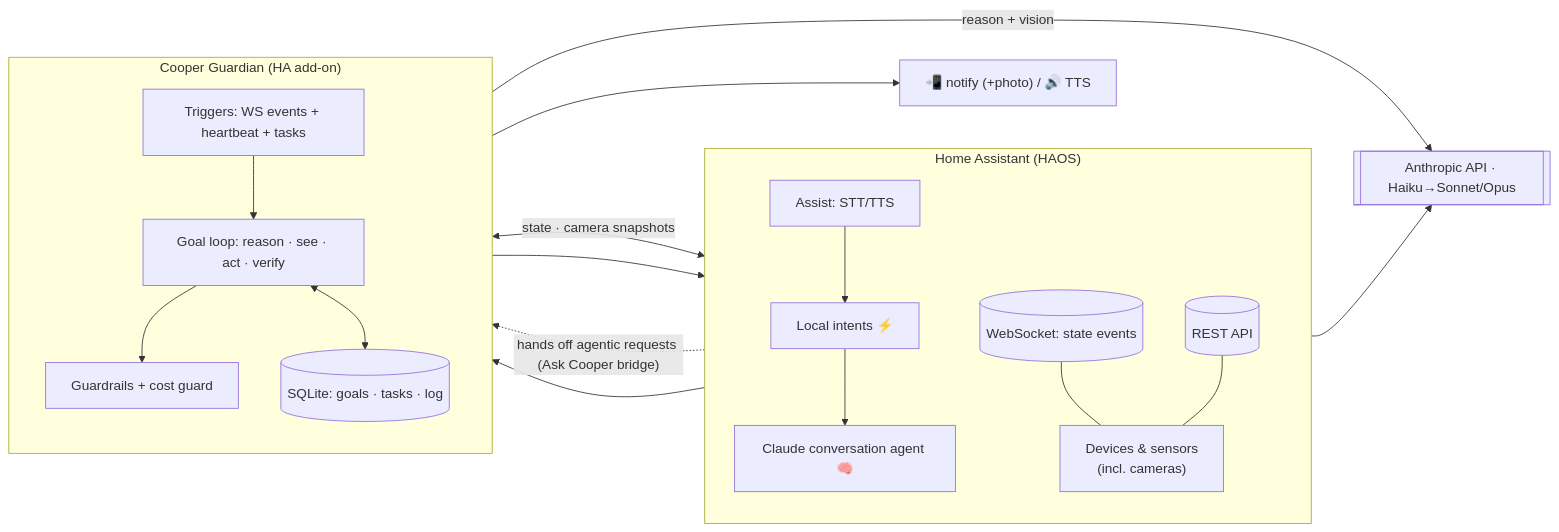
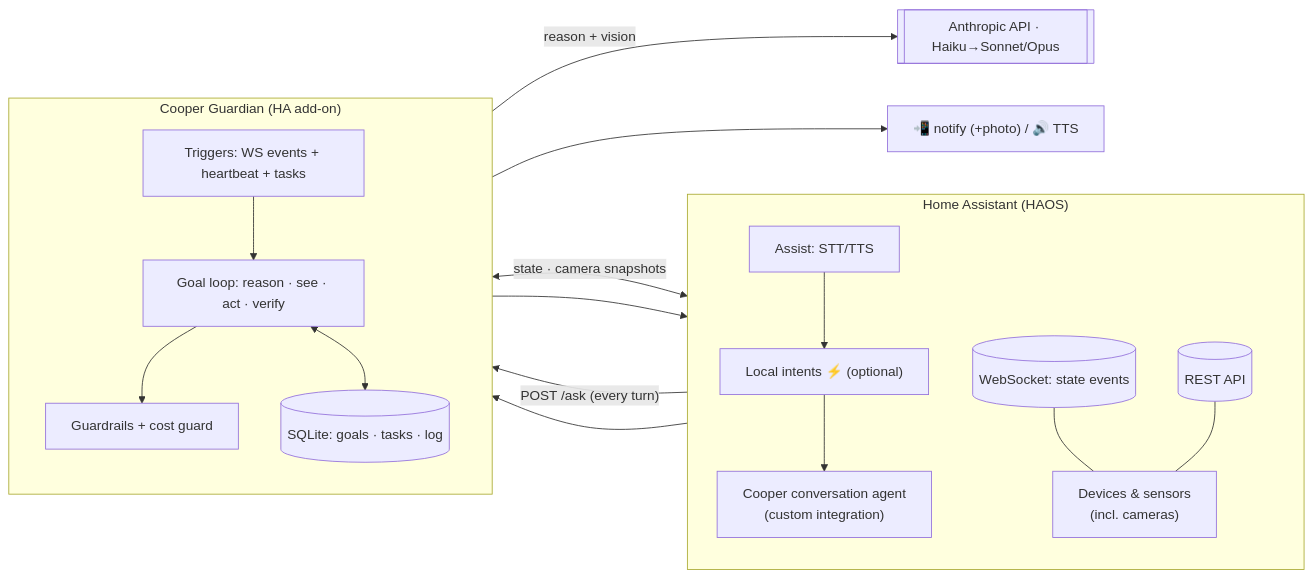
One commit to kunalkhosla/jarvis changed the first of 3 diagrams in docs/ARCHITECTURE.md. Above: the diagram before and after it, drawn with Mermaid. The commit also changed other lines of this file and 7 other files, not shown here.

First line of the commit message:
Cooper Guardian v0.23.0: remove the input_text voice bridge + observe-mode scheduling fix

````diff
--- a/docs/ARCHITECTURE.md
+++ b/docs/ARCHITECTURE.md
@@ -59,36 +61,35 @@
 ```mermaid
 flowchart LR
     subgraph HA["Home Assistant (HAOS)"]
       direction TB
       ASSIST["Assist: STT/TTS"]
-      INTENT["Local intents ⚡"]
-      CONV["Claude conversation agent 🧠"]
+      INTENT["Local intents ⚡ (optional)"]
+      CONV["Cooper conversation agent<br/>(custom integration)"]
       WS[("WebSocket: state events")]
       REST[("REST API")]
       DEV["Devices & sensors<br/>(incl. cameras)"]
       ASSIST --> INTENT --> CONV
       WS --- DEV
       REST --- DEV
     end
 
     subgraph SVC["Cooper Guardian (HA add-on)"]
       direction TB
       TRIG["Triggers: WS events + heartbeat + tasks"]
       LOOP["Goal loop: reason · see · act · verify"]
       GUARD["Guardrails + cost guard"]
       MEM[("SQLite: goals · tasks · log")]
       TRIG --> LOOP --> GUARD
       LOOP <--> MEM
     end
 
     CLAUDE[["Anthropic API · Haiku→Sonnet/Opus"]]
     PHONE["📲 notify (+photo) / 🔊 TTS"]
 
-    CONV --> CLAUDE
-    CONV -.->|"hands off agentic requests (Ask Cooper bridge)"| TRIG
+    CONV -->|"POST /ask (every turn)"| LOOP
     LOOP -->|reason + vision| CLAUDE
     WS --> TRIG
     LOOP <-->|state · camera snapshots| REST
     GUARD --> REST
     LOOP --> PHONE
 ```
````
